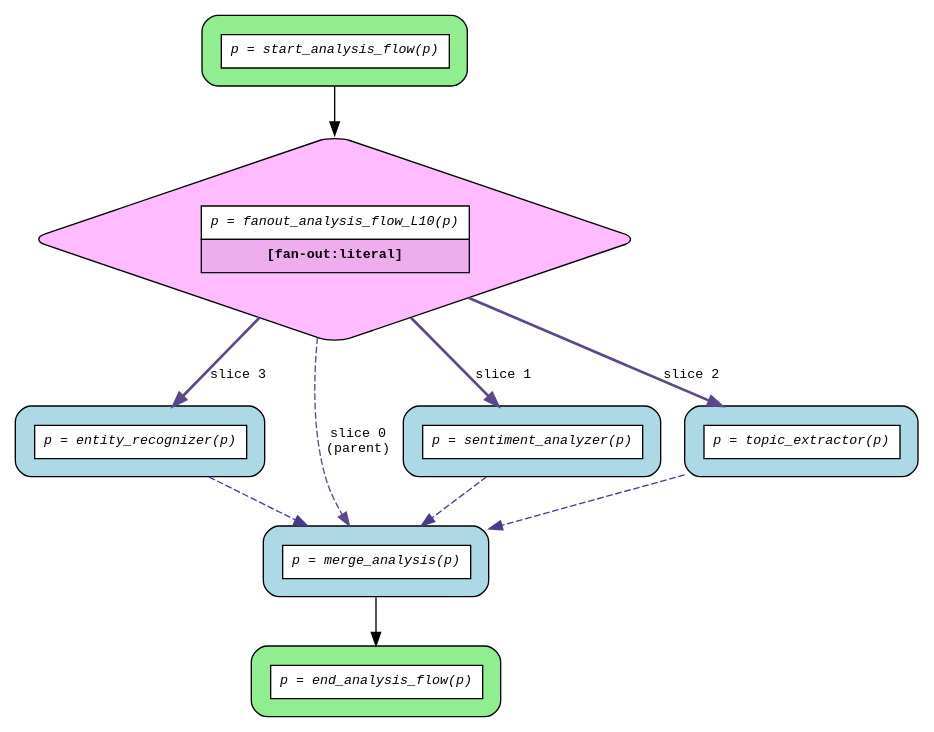
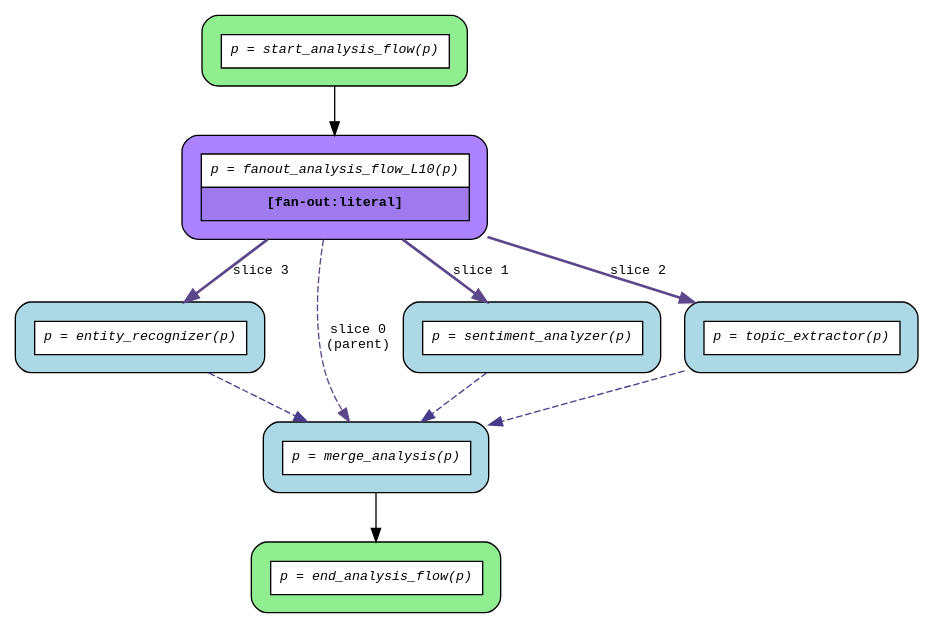
Before and after one commit to deliveryhero/asya: the diagram in examples/flows/compiled/fanout_literal/flow.dot, drawn with Graphviz. The commit also changed 13 other files, not shown here.

```diff
--- a/examples/flows/compiled/fanout_literal/flow.dot
+++ b/examples/flows/compiled/fanout_literal/flow.dot
@@ -1,24 +1,24 @@
 digraph flow {
   rankdir=TB;
   graph [fontname="Courier", fontsize=10];
   node [fontname="Courier", fontsize=10, shape=box, style="filled,rounded", margin="0.2"];
   edge [fontname="Courier", fontsize=10];
 
   start_analysis_flow [fillcolor="lightgreen", label=<<table border="0" cellspacing="0" cellpadding="6" cellborder="1"><tr><td bgcolor="white" align="center"><i>p = start_analysis_flow(p)</i></td></tr></table>>];
-  fanout_analysis_flow_L10 [fillcolor="plum1", label=<<table border="0" cellspacing="0" cellpadding="6" cellborder="1"><tr><td bgcolor="white" align="center"><i>p = fanout_analysis_flow_L10(p)</i></td></tr><tr><td bgcolor="plum2" align="center"><b>[fan-out:literal]</b></td></tr></table>>, shape=diamond];
+  fanout_analysis_flow_L10 [fillcolor="mediumpurple1", label=<<table border="0" cellspacing="0" cellpadding="6" cellborder="1"><tr><td bgcolor="white" align="center"><i>p = fanout_analysis_flow_L10(p)</i></td></tr><tr><td bgcolor="mediumpurple2" align="center"><b>[fan-out:literal]</b></td></tr></table>>];
   end_analysis_flow [fillcolor="lightgreen", label=<<table border="0" cellspacing="0" cellpadding="6" cellborder="1"><tr><td bgcolor="white" align="center"><i>p = end_analysis_flow(p)</i></td></tr></table>>];
   entity_recognizer [fillcolor="lightblue", label=<<table border="0" cellspacing="0" cellpadding="6" cellborder="1"><tr><td bgcolor="white" align="center"><i>p = entity_recognizer(p)</i></td></tr></table>>];
   merge_analysis [fillcolor="lightblue", label=<<table border="0" cellspacing="0" cellpadding="6" cellborder="1"><tr><td bgcolor="white" align="center"><i>p = merge_analysis(p)</i></td></tr></table>>];
   sentiment_analyzer [fillcolor="lightblue", label=<<table border="0" cellspacing="0" cellpadding="6" cellborder="1"><tr><td bgcolor="white" align="center"><i>p = sentiment_analyzer(p)</i></td></tr></table>>];
   topic_extractor [fillcolor="lightblue", label=<<table border="0" cellspacing="0" cellpadding="6" cellborder="1"><tr><td bgcolor="white" align="center"><i>p = topic_extractor(p)</i></td></tr></table>>];
 
   entity_recognizer -> merge_analysis [color=slateblue4, style=dashed];
   fanout_analysis_flow_L10 -> entity_recognizer [color=mediumpurple4, label="slice 3", style=bold];
   fanout_analysis_flow_L10 -> merge_analysis [color=mediumpurple4, label="slice 0\n(parent)", style=dashed];
   fanout_analysis_flow_L10 -> sentiment_analyzer [color=mediumpurple4, label="slice 1", style=bold];
   fanout_analysis_flow_L10 -> topic_extractor [color=mediumpurple4, label="slice 2", style=bold];
   merge_analysis -> end_analysis_flow;
   sentiment_analyzer -> merge_analysis [color=slateblue4, style=dashed];
   start_analysis_flow -> fanout_analysis_flow_L10;
   topic_extractor -> merge_analysis [color=slateblue4, style=dashed];
 }
```
